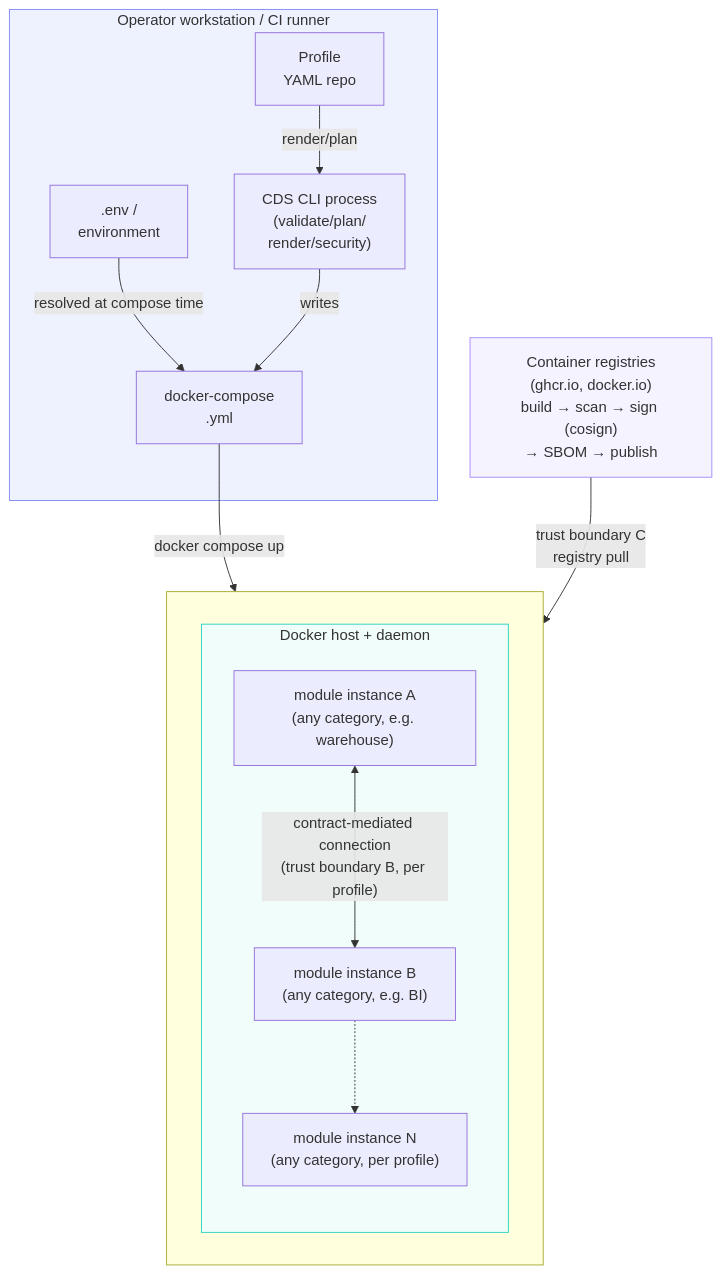
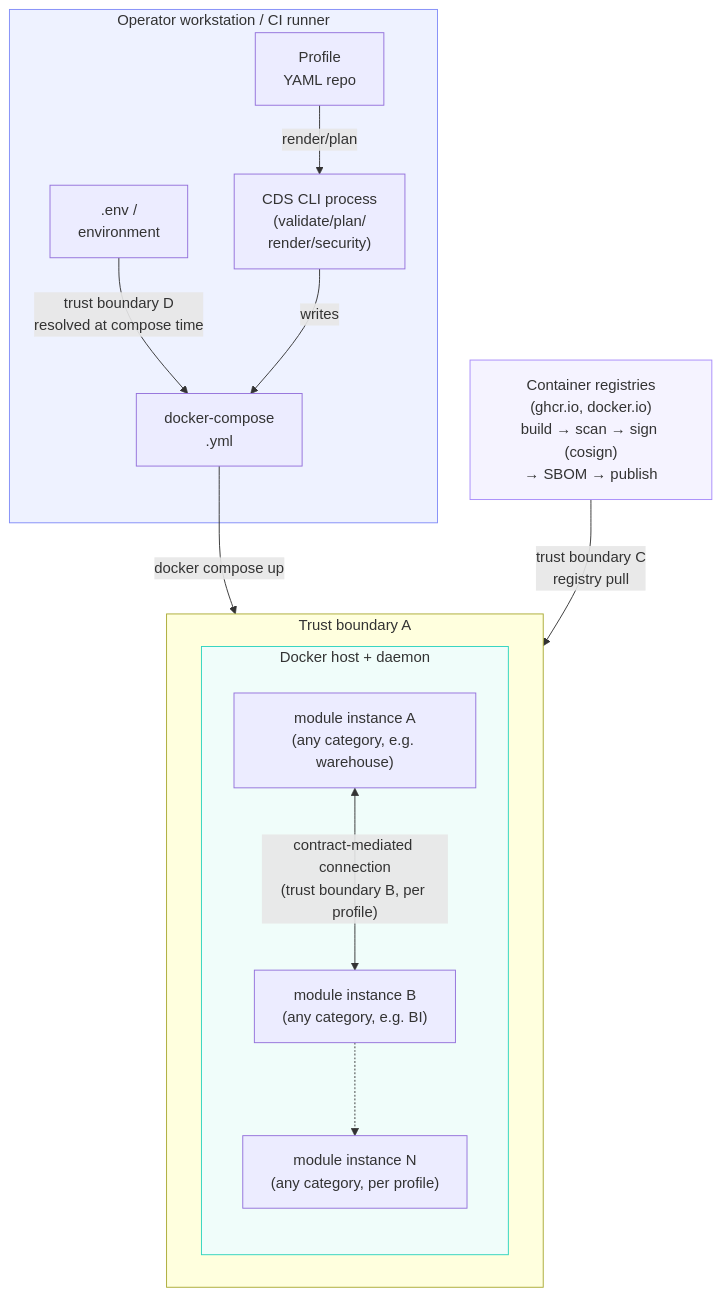
Before and after one commit to RonaldHensbergen/composable-data-stack: the diagram in docs/diagrams/architecture/trust_boundaries.mmd, drawn with Mermaid. The commit also changed 1 other file, not shown here.

```diff
--- a/docs/diagrams/architecture/trust_boundaries.mmd
+++ b/docs/diagrams/architecture/trust_boundaries.mmd
@@ -1,29 +1,29 @@
 flowchart TB
  subgraph workstation["Operator workstation / CI runner"]
         profileYaml["Profile<br>YAML repo"]
         cliProcess["CDS CLI process<br>(validate/plan/<br>render/security)"]
         envFile[".env /<br>environment"]
         dockerCompose["docker-compose<br>.yml"]
   end
  subgraph dockerDaemon["Docker host + daemon"]
         moduleA["module instance A<br>(any category, e.g. warehouse)"]
         moduleB["module instance B<br>(any category, e.g. BI)"]
         moduleN["module instance N<br>(any category, per profile)"]
   end
- subgraph trustBoundaryA[" "]
+ subgraph trustBoundaryA["Trust boundary A"]
         dockerDaemon
   end
-    envFile -- "resolved at compose time" --> dockerCompose
+    envFile -- "trust boundary D<br>resolved at compose time" --> dockerCompose
     profileYaml -- "render/plan" --> cliProcess
     cliProcess -- "writes" --> dockerCompose
     dockerCompose -- "docker compose up" --> trustBoundaryA
     moduleA <-- "contract-mediated connection<br>(trust boundary B, per profile)" --> moduleB
     moduleB -.-> moduleN
     registries["Container registries<br>(ghcr.io, docker.io)<br>build → scan → sign (cosign)<br>→ SBOM → publish"] -- "trust boundary C<br>registry pull" --> trustBoundaryA
 
      workstation:::workstationStyle
      dockerDaemon:::dockerStyle
      registries:::registryStyle
     classDef workstationStyle fill:#eef2ff,stroke:#818cf8
     classDef dockerStyle fill:#f0fdfa,stroke:#2dd4bf
     classDef registryStyle fill:#f5f3ff,stroke:#a78bfa
```
